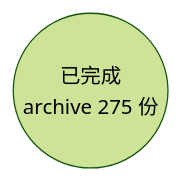
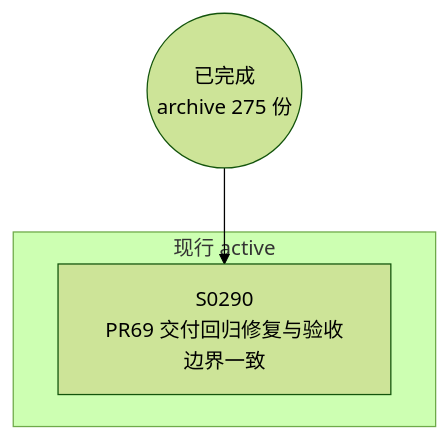
One commit to Halckon/Koven changed the diagram in docs/specs/dependency-graph.md. Above: the diagram before and after it, drawn with Mermaid (forest theme). The commit also changed other lines of this file and 7 other files, not shown here.

````diff
--- a/docs/specs/dependency-graph.md
+++ b/docs/specs/dependency-graph.md
@@ -9,4 +9,8 @@
 ```mermaid
 flowchart TD
 ARCH(("已完成<br/>archive 275 份"))
+subgraph Gactive["现行 active"]
+  S0290["S0290<br/>PR69 交付回归修复与验收边界一致"]
+end
+ARCH --> S0290
 ```
````
